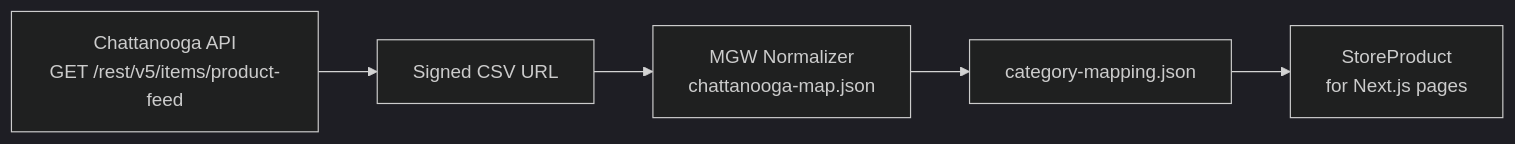
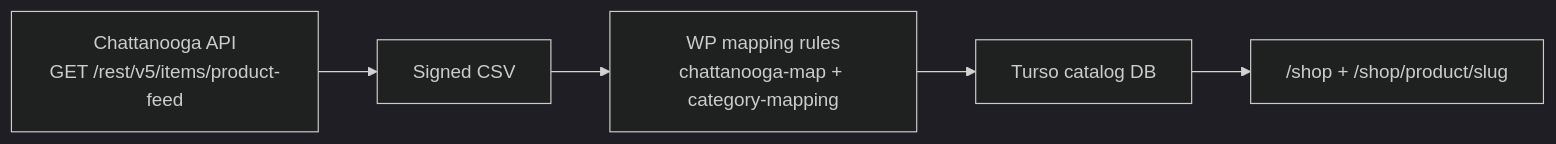
One commit to ModularGunworksLLC/modulargunworksllc.github.io changed the diagram in apps/store/CATALOG.md. Above: the diagram before and after it, drawn with Mermaid (dark theme). The commit also changed other lines of this file and 21 other files, not shown here.

First line of the commit message:
Use Chattanooga API and Turso DB for Vercel shop (not WordPress).

````diff
--- a/apps/store/CATALOG.md
+++ b/apps/store/CATALOG.md
@@ -7,9 +7,9 @@
 ```mermaid
 flowchart LR
   API["Chattanooga API\nGET /rest/v5/items/product-feed"]
-  CSV["Signed CSV URL"]
-  Norm["MGW Normalizer\nchattanooga-map.json"]
-  CatMap["category-mapping.json"]
-  Store["StoreProduct\nfor Next.js pages"]
-  API --> CSV --> Norm --> CatMap --> Store
+  CSV["Signed CSV"]
+  Map["WP mapping rules\nchattanooga-map + category-mapping"]
+  DB["Turso catalog DB"]
+  Pages["/shop + /shop/product/slug"]
+  API --> CSV --> Map --> DB --> Pages
 ```
````
